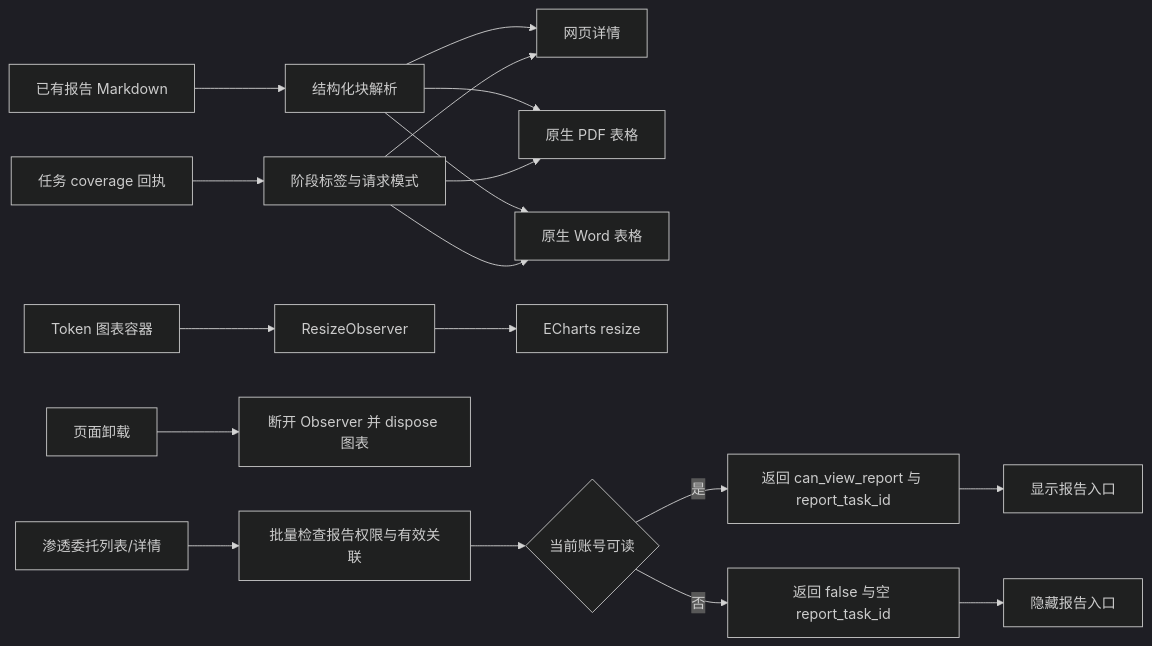
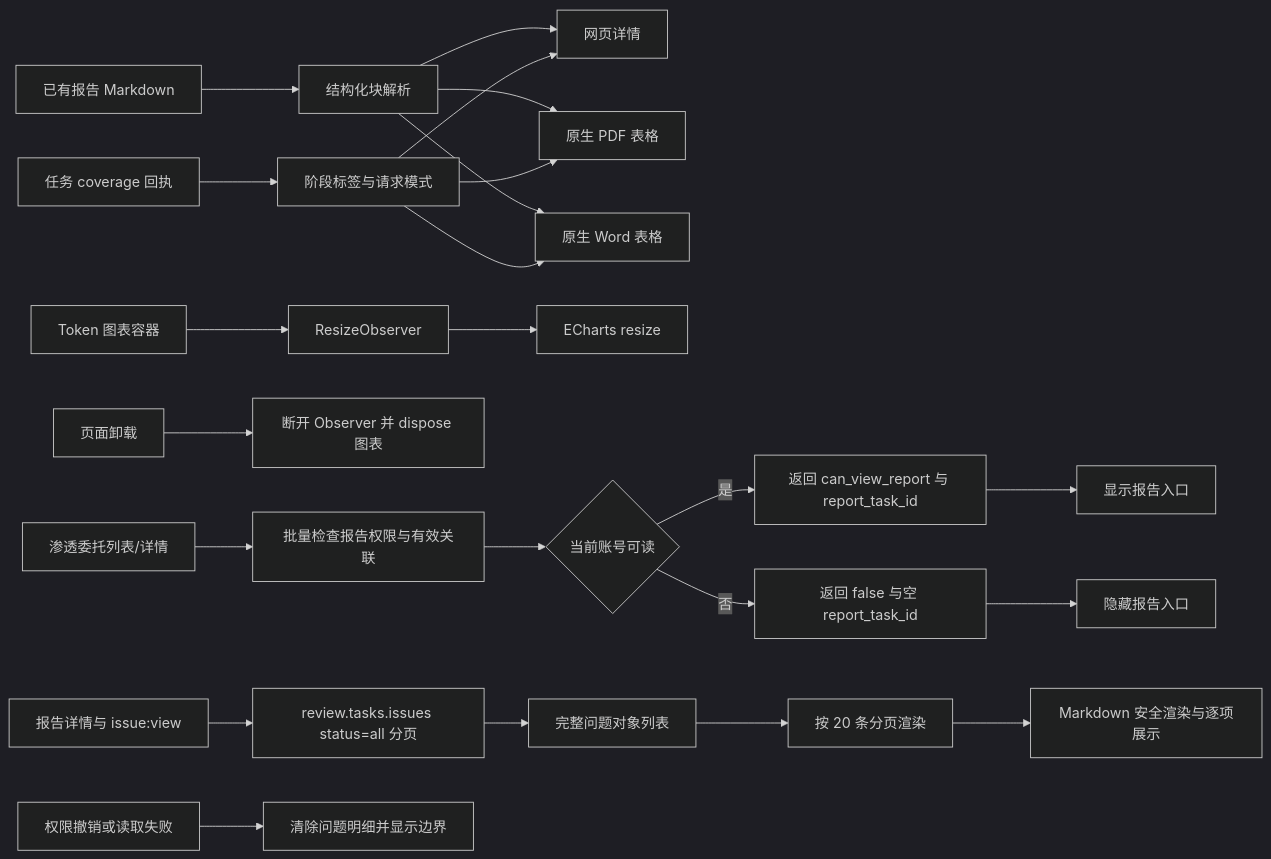
The diagram in docs/报告排版与覆盖口径修复20261018/DESIGN_报告排版与覆盖口径修复.md (OUTLElijiadong/llm-agent-code-review), drawn with Mermaid (dark theme) before and after one commit. The commit also changed other lines of this file and 12 other files, not shown here.

````diff
--- a/docs/报告排版与覆盖口径修复20261018/DESIGN_报告排版与覆盖口径修复.md
+++ b/docs/报告排版与覆盖口径修复20261018/DESIGN_报告排版与覆盖口径修复.md
@@ -5,20 +5,25 @@
 ```mermaid
 flowchart LR
   A[已有报告 Markdown] --> B[结构化块解析]
   B --> C[网页详情]
   B --> D[原生 PDF 表格]
   B --> E[原生 Word 表格]
   F[任务 coverage 回执] --> G[阶段标签与请求模式]
   G --> C
   G --> D
   G --> E
   H[Token 图表容器] --> I[ResizeObserver]
   I --> J[ECharts resize]
   K[页面卸载] --> L[断开 Observer 并 dispose 图表]
   M[渗透委托列表/详情] --> N[批量检查报告权限与有效关联]
   N --> O{当前账号可读}
   O -->|是| P[返回 can_view_report 与 report_task_id]
   O -->|否| Q[返回 false 与空 report_task_id]
   P --> R[显示报告入口]
   Q --> S[隐藏报告入口]
+  T[报告详情与 issue:view] --> U[review.tasks.issues status=all 分页]
+  U --> V[完整问题对象列表]
+  V --> W[按 20 条分页渲染]
+  W --> Z[Markdown 安全渲染与逐项展示]
+  X[权限撤销或读取失败] --> Y[清除问题明细并显示边界]
 ```
````
